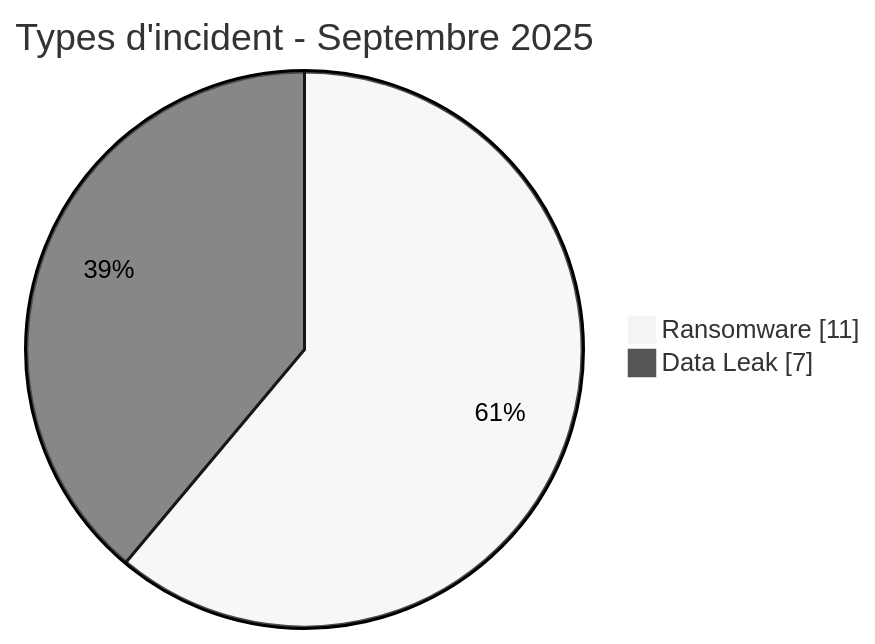
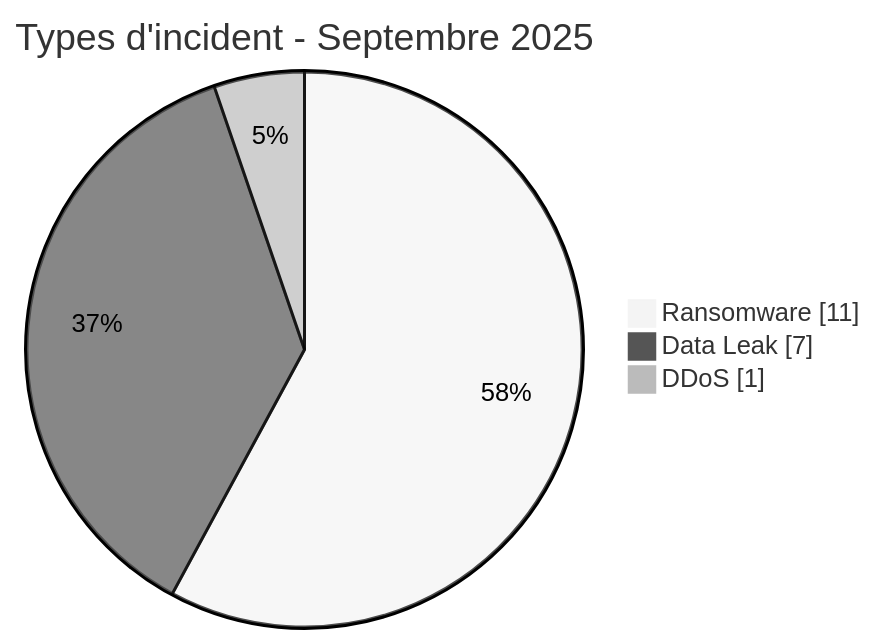
One commit to Hatchepsoute/AFRINTEL changed the first of 2 diagrams in CyberAttackAfrica/2025/09-september/README_FR.md. Above: the diagram before and after it, drawn with Mermaid (neutral theme). The commit also changed other lines of this file and 73 other files, not shown here.

````diff
--- a/CyberAttackAfrica/2025/09-september/README_FR.md
+++ b/CyberAttackAfrica/2025/09-september/README_FR.md
@@ -68,6 +78,7 @@
 ```mermaid
 pie showData
     title Types d'incident - Septembre 2025
     "Ransomware" : 11
     "Data Leak" : 7
+    "DDoS" : 1
 ```
````
